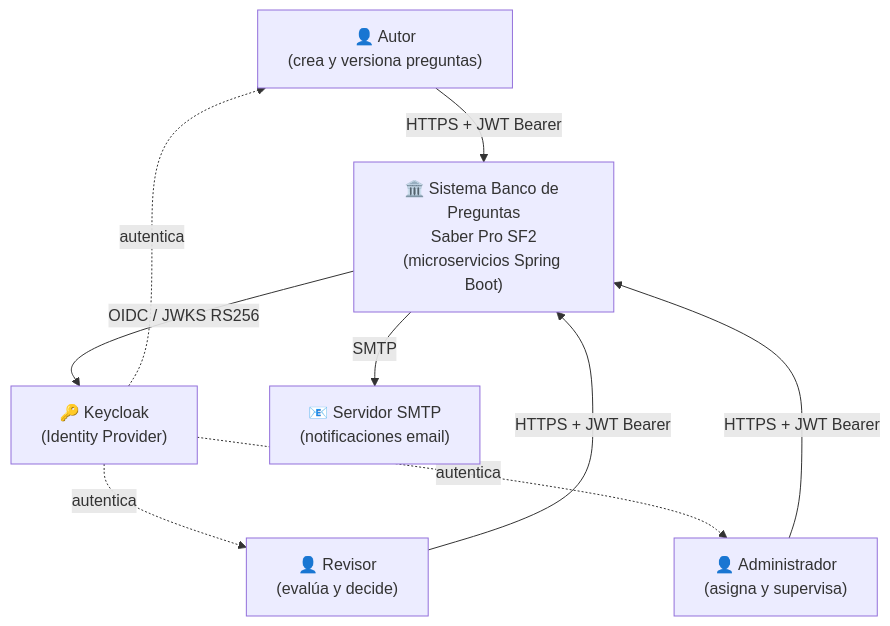
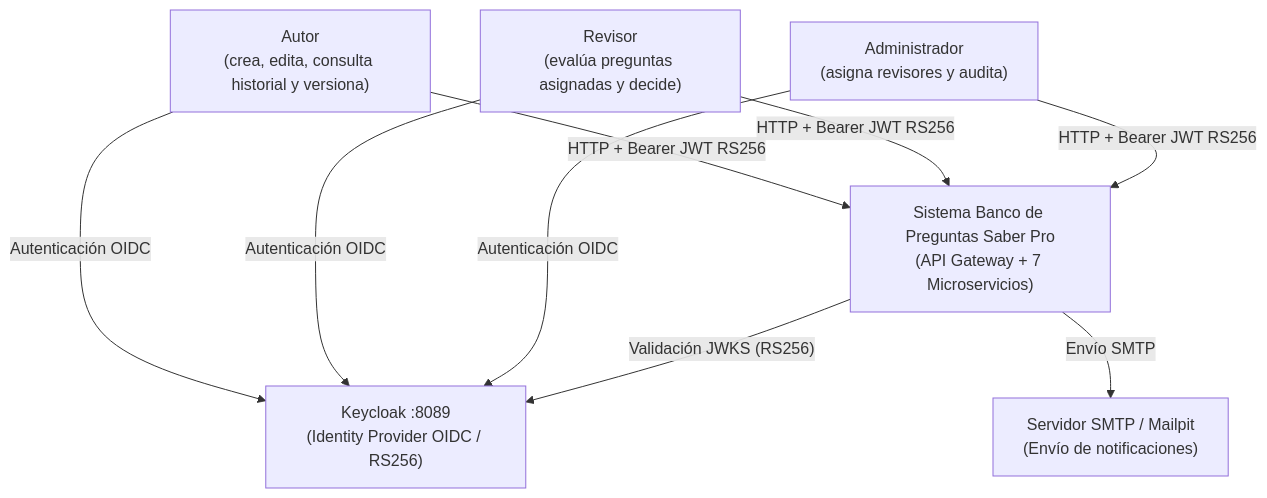
Before and after one commit to cristiang00/banco_preguntas_sf2: the first of 4 diagrams in docs/arquitectura-sprint3.md, drawn with Mermaid. The commit also changed other lines of this file and 107 other files, not shown here.

````diff
--- a/docs/arquitectura-sprint3.md
+++ b/docs/arquitectura-sprint3.md
@@ -52,18 +107,18 @@
 ```mermaid
 flowchart TD
-    autor["👤 Autor\n(crea y versiona preguntas)"]
-    revisor["👤 Revisor\n(evalúa y decide)"]
-    admin["👤 Administrador\n(asigna y supervisa)"]
-    sistema["🏛️ Sistema Banco de Preguntas\nSaber Pro SF2\n(microservicios Spring Boot)"]
-    keycloak["🔑 Keycloak\n(Identity Provider)"]
-    smtp["📧 Servidor SMTP\n(notificaciones email)"]
+    autor["Autor\n(crea, edita, consulta historial y versiona)"]
+    revisor["Revisor\n(evalúa preguntas asignadas y decide)"]
+    admin["Administrador\n(asigna revisores y audita)"]
+    sistema["Sistema Banco de Preguntas Saber Pro\n(API Gateway + 7 Microservicios)"]
+    keycloak["Keycloak :8089\n(Identity Provider OIDC / RS256)"]
+    smtp["Servidor SMTP / Mailpit\n(Envío de notificaciones)"]
 
-    autor -->|"HTTPS + JWT Bearer"| sistema
-    revisor -->|"HTTPS + JWT Bearer"| sistema
-    admin -->|"HTTPS + JWT Bearer"| sistema
-    sistema -->|"OIDC / JWKS RS256"| keycloak
-    sistema -->|"SMTP"| smtp
-    keycloak -.->|"autentica"| autor
-    keycloak -.->|"autentica"| revisor
-    keycloak -.->|"autentica"| admin
+    autor -->|"Autenticación OIDC"| keycloak
+    revisor -->|"Autenticación OIDC"| keycloak
+    admin -->|"Autenticación OIDC"| keycloak
+    autor -->|"HTTP + Bearer JWT RS256"| sistema
+    revisor -->|"HTTP + Bearer JWT RS256"| sistema
+    admin -->|"HTTP + Bearer JWT RS256"| sistema
+    sistema -->|"Validación JWKS (RS256)"| keycloak
+    sistema -->|"Envío SMTP"| smtp
 ```
````
